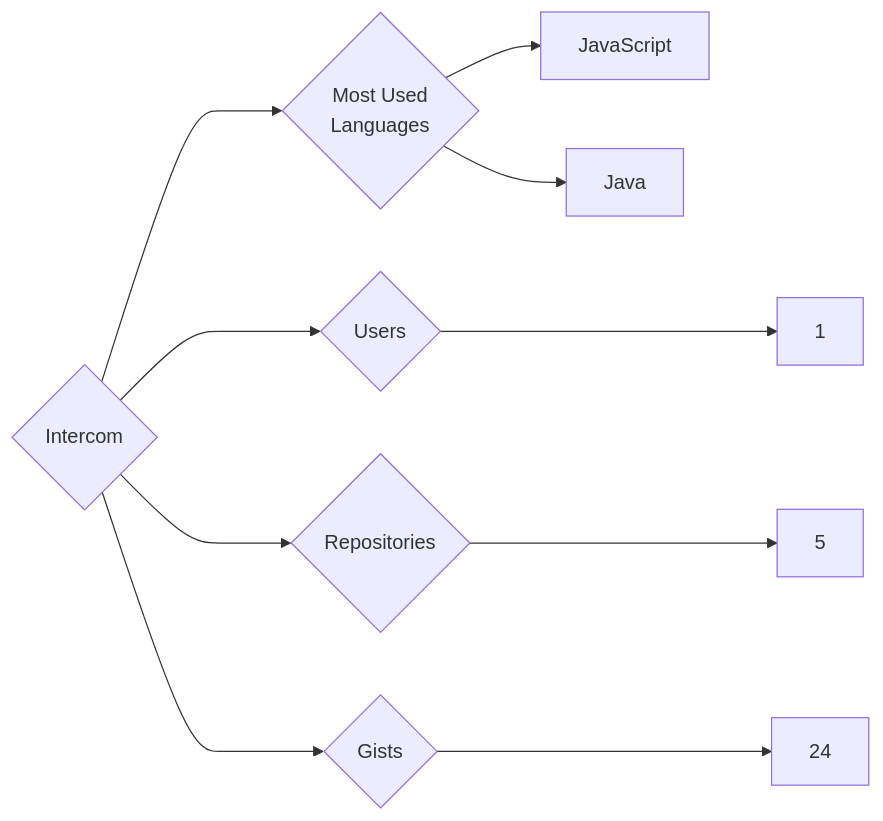
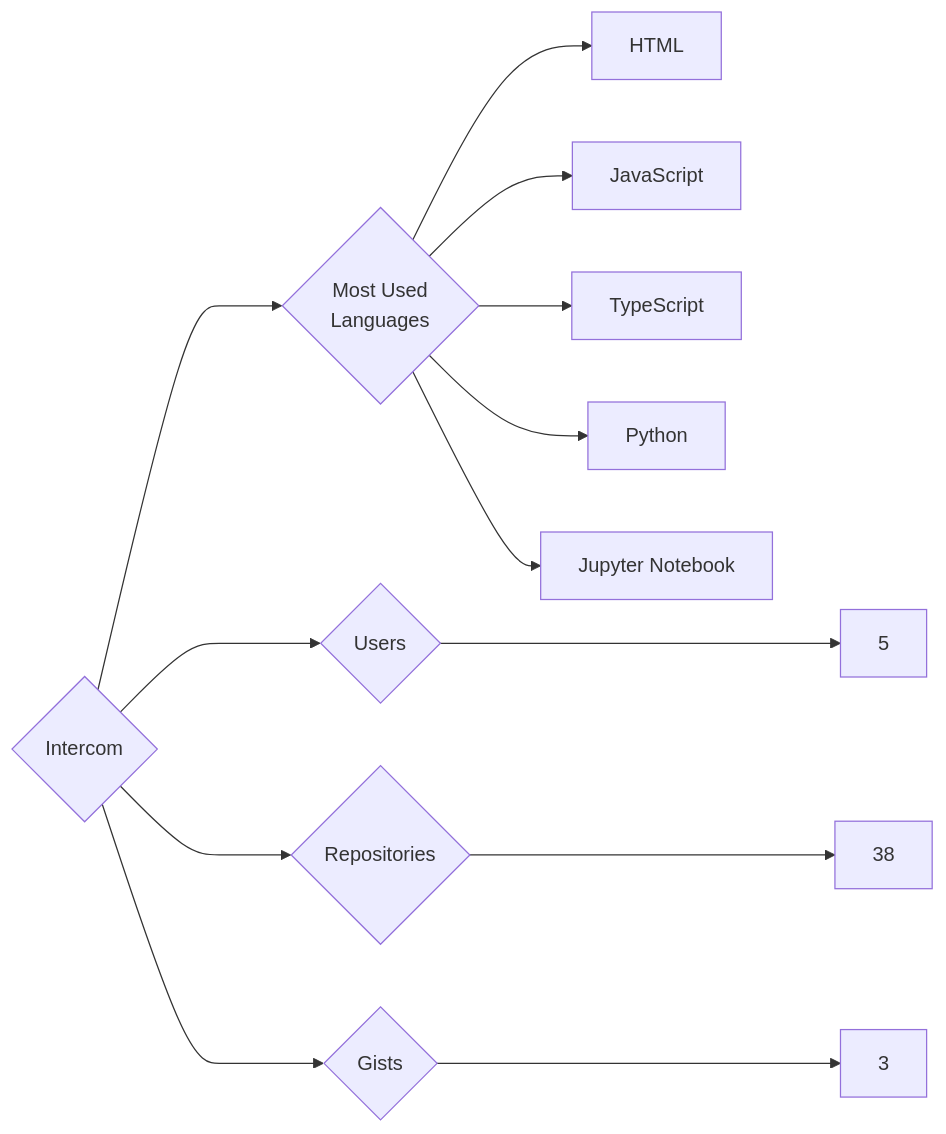
The diagram in targets/Intercom/README.md (trickest/insiders), drawn with Mermaid before and after one commit. The commit also changed 1003 other files, not shown here.

````diff
--- a/targets/Intercom/README.md
+++ b/targets/Intercom/README.md
@@ -3,10 +3,13 @@
 ```mermaid
 graph LR
 COMPANY_NAME{Intercom}
-COMPANY_NAME ---> U{Users} ---> UN[1]
-COMPANY_NAME ---> R{Repositories} ---> RN[5]
-COMPANY_NAME ---> G{Gists} ---> GN[24]
+COMPANY_NAME ---> U{Users} ---> UN[5]
+COMPANY_NAME ---> R{Repositories} ---> RN[38]
+COMPANY_NAME ---> G{Gists} ---> GN[3]
 COMPANY_NAME ---> ML{Most Used<br>Languages}
+ML --> HTML[HTML]
 ML --> JavaScript[JavaScript]
-ML --> Java[Java]
+ML --> TypeScript[TypeScript]
+ML --> Python[Python]
+ML --> Jupyter_Notebook[Jupyter Notebook]
 ```
````
